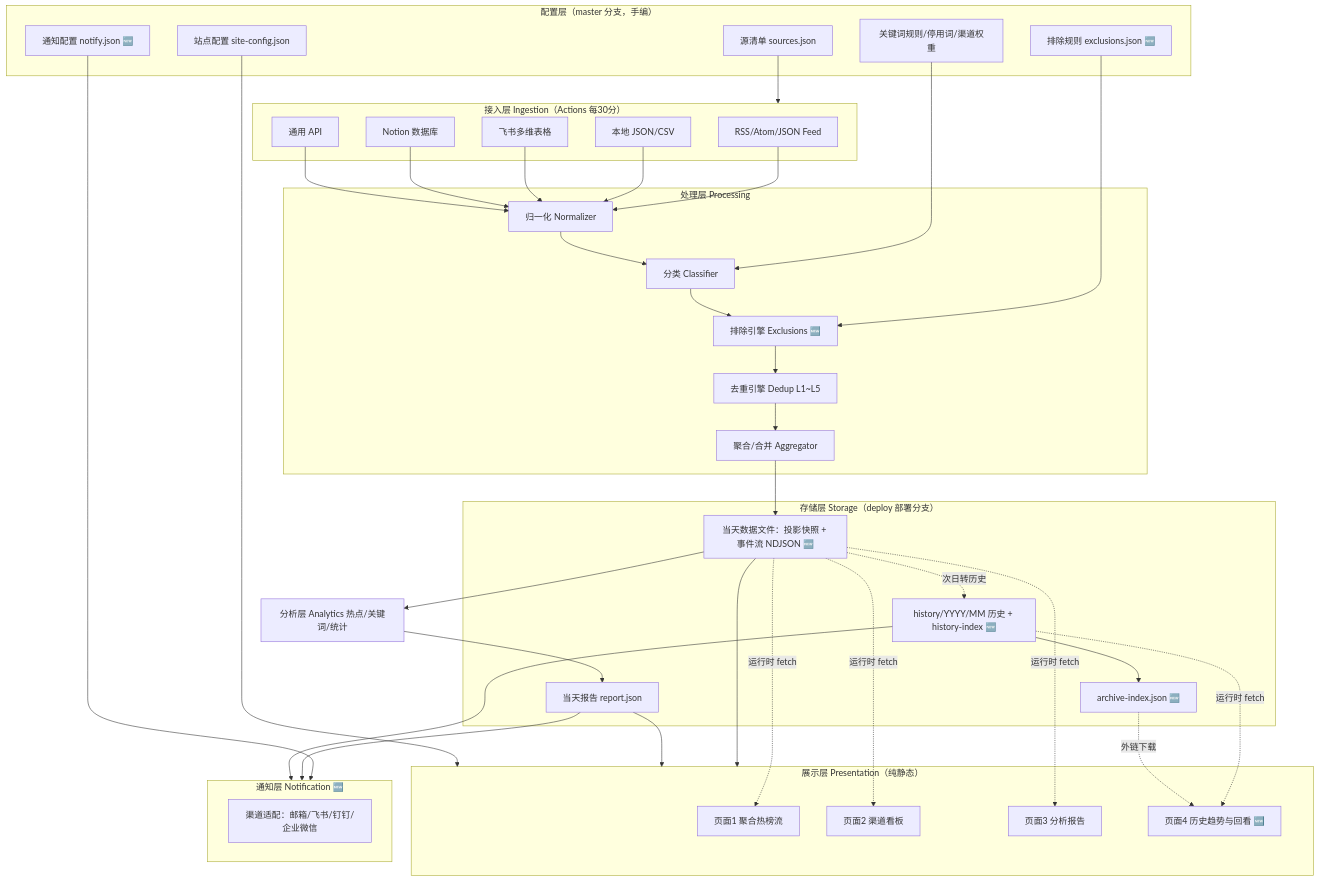
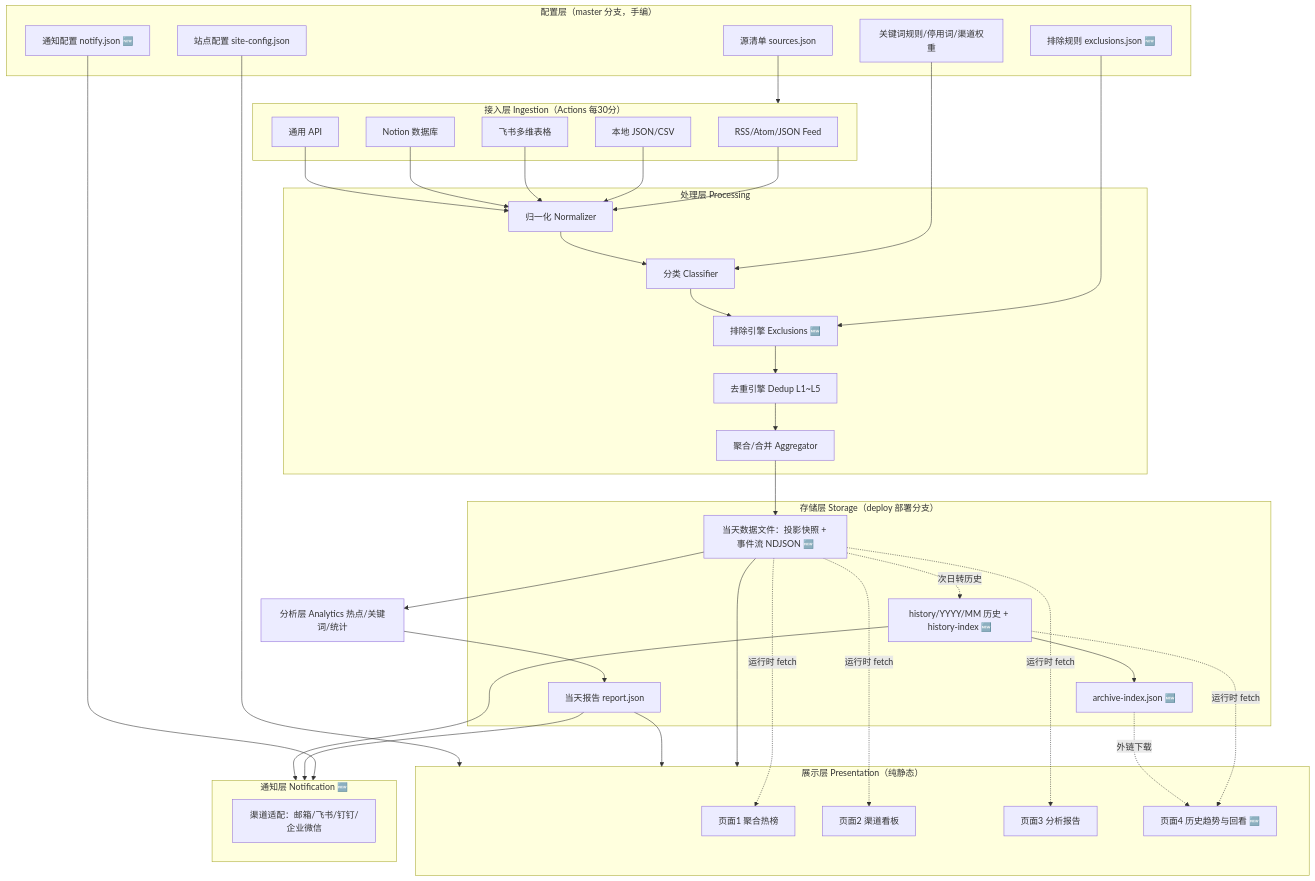
One commit to Shonee/rss-radar changed the first of 5 diagrams in docs/ARCHITECTURE.md. Above: the diagram before and after it, drawn with Mermaid. The commit also changed 8 other files, not shown here.

First line of the commit message:
refactor(p3): 页面1 更名「聚合热榜流」→「聚合热榜」

````diff
--- a/docs/ARCHITECTURE.md
+++ b/docs/ARCHITECTURE.md
@@ -63,55 +63,55 @@
 ```mermaid
 flowchart TD
     subgraph CFG["配置层（master 分支，手编）"]
       SL[源清单 sources.json]
       SC[站点配置 site-config.json]
       KR[关键词规则/停用词/渠道权重]
       EX[排除规则 exclusions.json 🆕]
       NF[通知配置 notify.json 🆕]
     end
     subgraph ING["接入层 Ingestion（Actions 每30分）"]
       C1[RSS/Atom/JSON Feed]
       C2[本地 JSON/CSV]
       C3[飞书多维表格]
       C4[Notion 数据库]
       C5[通用 API]
     end
     subgraph PROC["处理层 Processing"]
       N[归一化 Normalizer]
       CL[分类 Classifier]
       EXC[排除引擎 Exclusions 🆕]
       D[去重引擎 Dedup L1~L5]
       M[聚合/合并 Aggregator]
     end
     subgraph STG["存储层 Storage（deploy 部署分支）"]
       SN[当天数据文件：投影快照 + 事件流 NDJSON 🆕]
       RP[当天报告 report.json]
       HIS[history/YYYY/MM 历史 + history-index 🆕]
       AR[archive-index.json 🆕]
     end
     subgraph PRE["展示层 Presentation（纯静态）"]
-      P1[页面1 聚合热榜流]
+      P1[页面1 聚合热榜]
       P2[页面2 渠道看板]
       P3[页面3 分析报告]
       P4[页面4 历史趋势与回看 🆕]
     end
     subgraph NTF["通知层 Notification 🆕"]
       NC[渠道适配：邮箱/飞书/钉钉/企业微信]
     end
     SL --> ING
     KR --> CL
     EX --> EXC
     NF --> NTF
     C1 & C2 & C3 & C4 & C5 --> N --> CL --> EXC --> D --> M
     M --> SN
     SN --> ANA[分析层 Analytics 热点/关键词/统计]
     ANA --> RP
     SN --> PRE
     RP --> PRE
     SC --> PRE
     RP & HIS --> NTF
     SN -.次日转历史.-> HIS --> AR
     SN -.运行时 fetch.-> P1 & P2 & P3
     HIS -.运行时 fetch.-> P4
     AR -.外链下载.-> P4
 ```
````
